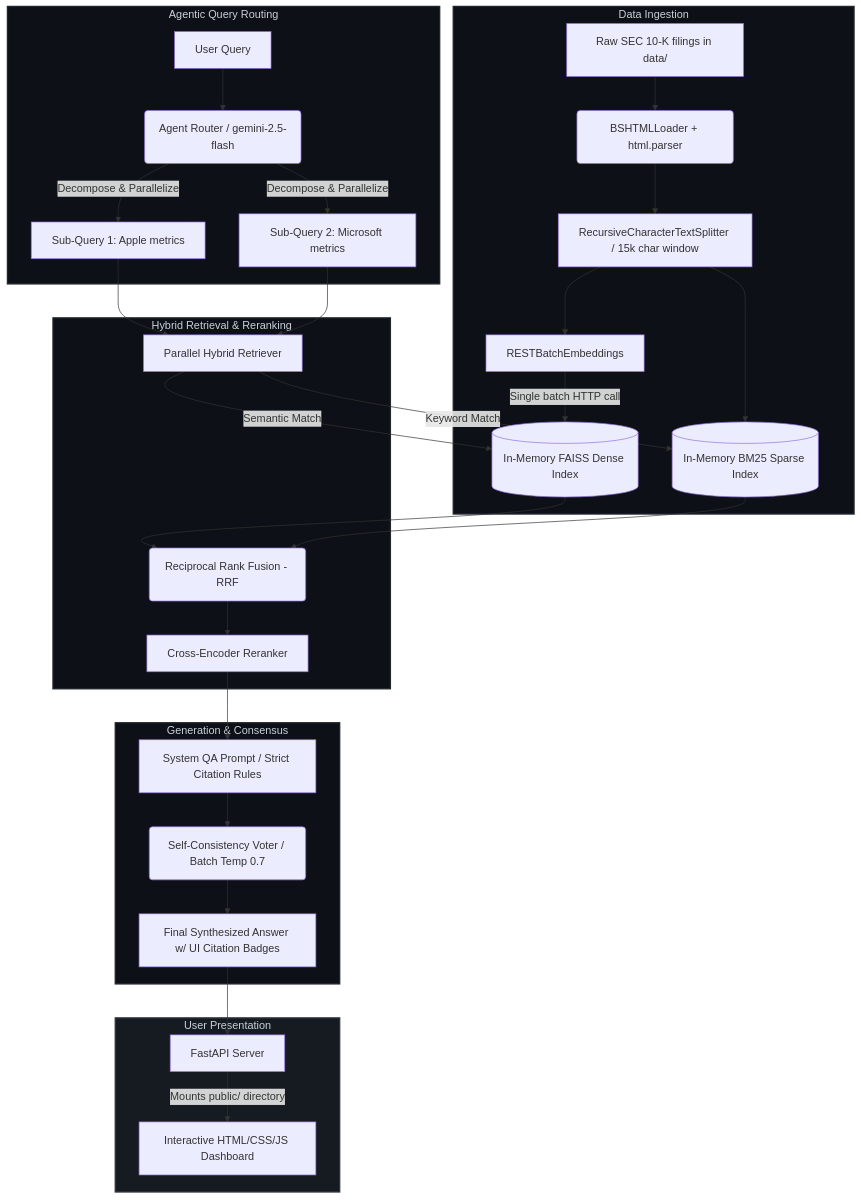
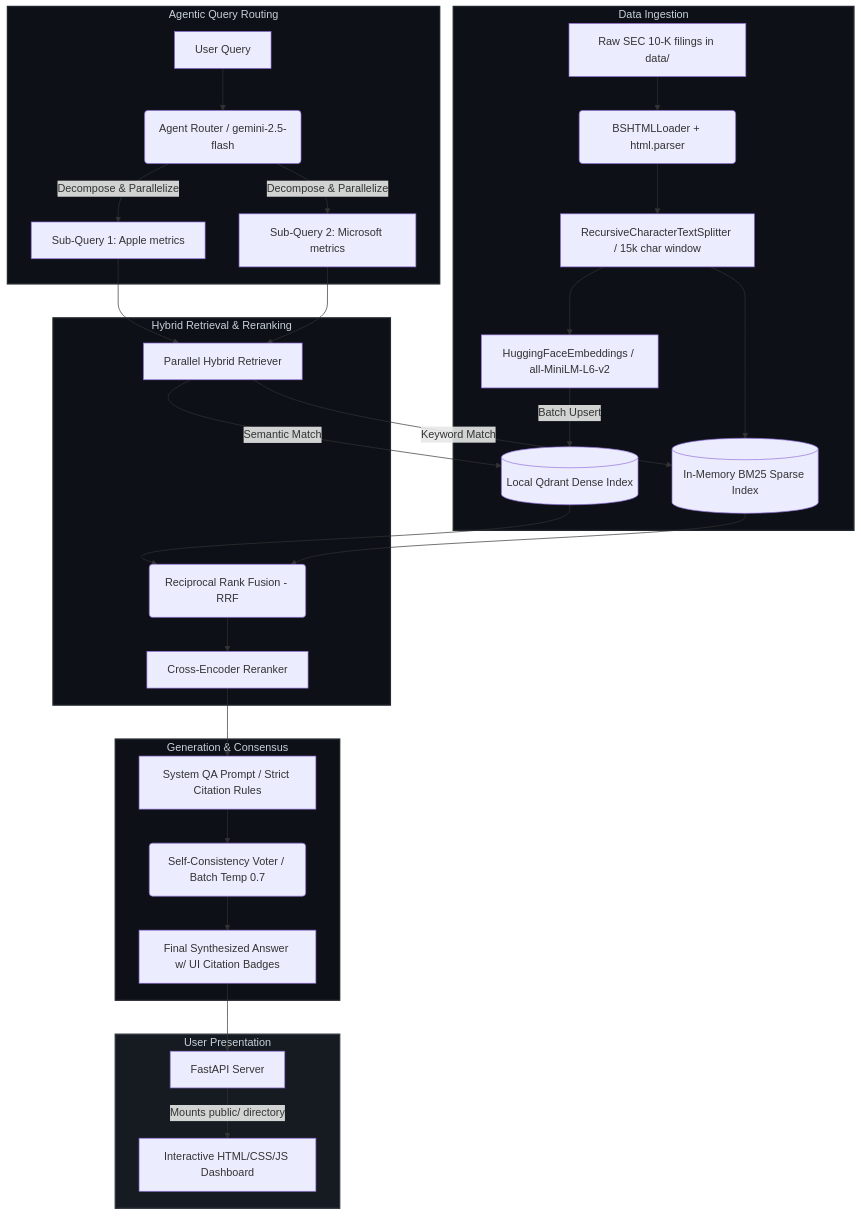
One commit to Jagadeep-Reddy/RAG-System-with-Evaluation-Framework changed the diagram in README.md. Above: the diagram before and after it, drawn with Mermaid. The commit also changed other lines of this file and 7 other files, not shown here.

Commit message:
docs/refactor: align README and codebase to Qdrant/HuggingFace embeddings, and resolve file locking on dynamic initialization

````diff
--- a/README.md
+++ b/README.md
@@ -26,43 +26,43 @@
 ```mermaid
 flowchart TD
     subgraph subgraph_ingestion ["Data Ingestion"]
         A[Raw SEC 10-K filings in data/] --> B(BSHTMLLoader + html.parser)
         B --> C[RecursiveCharacterTextSplitter / 15k char window]
-        C --> D[RESTBatchEmbeddings]
-        D -->|Single batch HTTP call| E[(In-Memory FAISS Dense Index)]
+        C --> D[HuggingFaceEmbeddings / all-MiniLM-L6-v2]
+        D -->|Batch Upsert| E[(Local Qdrant Dense Index)]
         C --> F[(In-Memory BM25 Sparse Index)]
     end
 
     subgraph subgraph_routing ["Agentic Query Routing"]
         Q[User Query] --> G(Agent Router / gemini-2.5-flash)
         G -->|Decompose & Parallelize| H[Sub-Query 1: Apple metrics]
         G -->|Decompose & Parallelize| I[Sub-Query 2: Microsoft metrics]
     end
 
     subgraph subgraph_retrieval ["Hybrid Retrieval & Reranking"]
         H --> J[Parallel Hybrid Retriever]
         I --> J
         J -->|Semantic Match| E
         J -->|Keyword Match| F
         E --> K(Reciprocal Rank Fusion - RRF)
         F --> K
         K --> L[Cross-Encoder Reranker]
     end
 
     subgraph subgraph_generation ["Generation & Consensus"]
         L --> M[System QA Prompt / Strict Citation Rules]
         M --> N(Self-Consistency Voter / Batch Temp 0.7)
         N --> O[Final Synthesized Answer w/ UI Citation Badges]
     end
 
     subgraph subgraph_presentation ["User Presentation"]
         O --> P[FastAPI Server]
         P -->|Mounts public/ directory| UI[Interactive HTML/CSS/JS Dashboard]
     end
 
     style subgraph_ingestion fill:#0d1117,stroke:#21262d,stroke-width:2px,color:#c9d1d9
     style subgraph_routing fill:#0d1117,stroke:#21262d,stroke-width:2px,color:#c9d1d9
     style subgraph_retrieval fill:#0d1117,stroke:#21262d,stroke-width:2px,color:#c9d1d9
     style subgraph_generation fill:#0d1117,stroke:#21262d,stroke-width:2px,color:#c9d1d9
     style subgraph_presentation fill:#161b22,stroke:#30363d,stroke-width:2px,color:#c9d1d9
 ```
````
